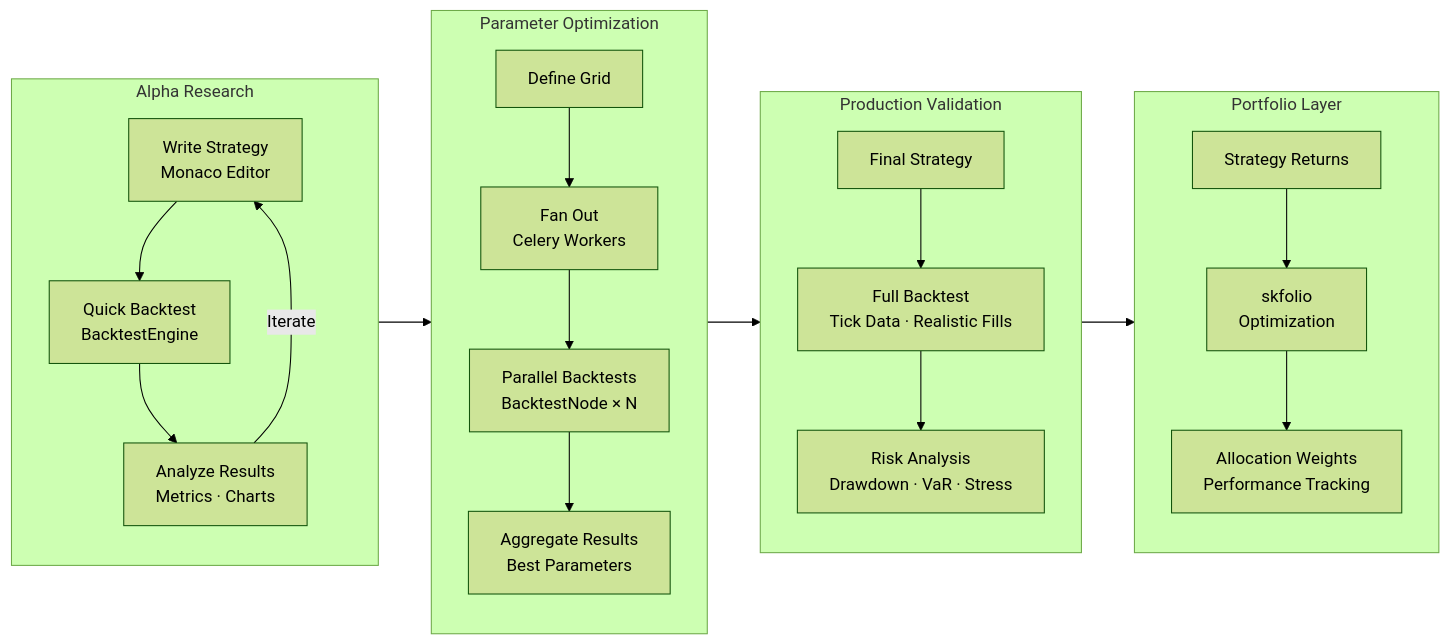
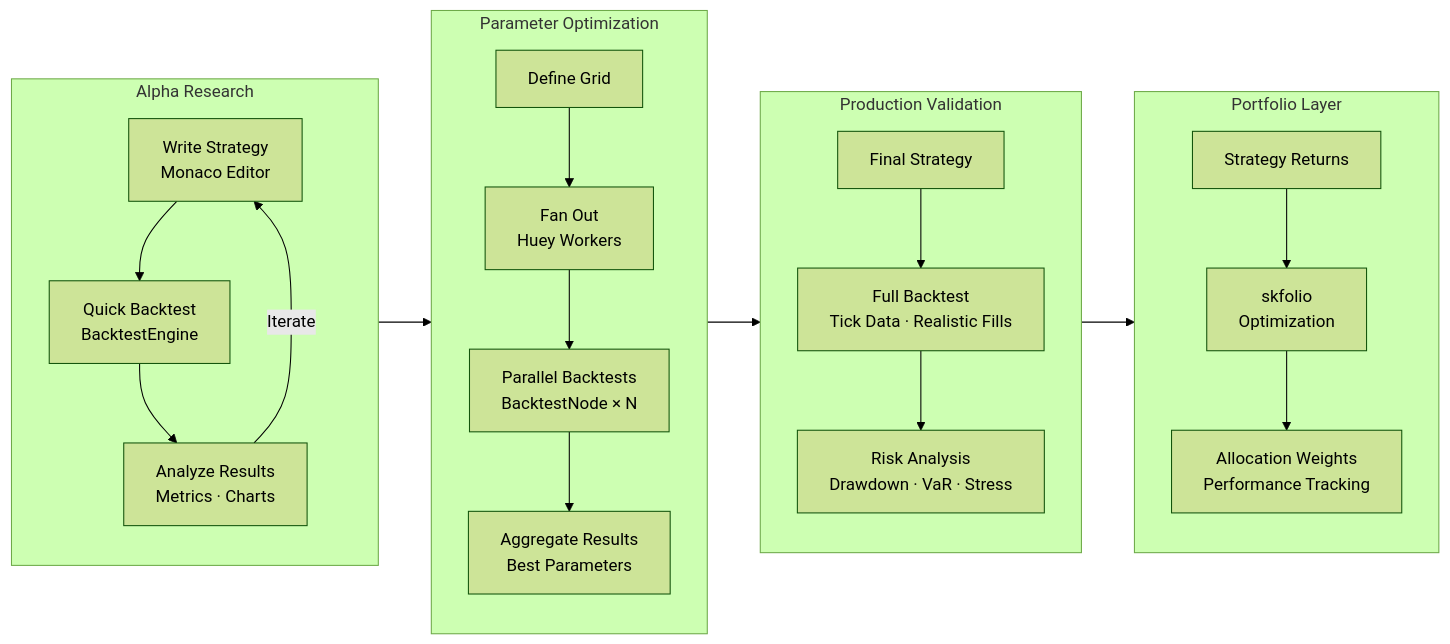
The diagram in core_engine.md (huydhoang/quantlens-docs), drawn with Mermaid (forest theme) before and after one commit. The commit also changed other lines of this file and 2 other files, not shown here.

Commit message:
Add clarifying Q&A, remove Faust/Rocketry from tables, fix Celery→Huey in ARCHITECTURE.md and core_engine.md

````diff
--- a/core_engine.md
+++ b/core_engine.md
@@ -244,28 +243,28 @@
 ```mermaid
 flowchart LR
     subgraph Research["Alpha Research"]
         A[Write Strategy<br/>Monaco Editor] --> B[Quick Backtest<br/>BacktestEngine]
         B --> C[Analyze Results<br/>Metrics · Charts]
         C -->|Iterate| A
     end
 
     subgraph Optimization["Parameter Optimization"]
-        D[Define Grid] --> E[Fan Out<br/>Celery Workers]
+        D[Define Grid] --> E[Fan Out<br/>Huey Workers]
         E --> F[Parallel Backtests<br/>BacktestNode × N]
         F --> G[Aggregate Results<br/>Best Parameters]
     end
 
     subgraph Validation["Production Validation"]
         H[Final Strategy] --> I[Full Backtest<br/>Tick Data · Realistic Fills]
         I --> J[Risk Analysis<br/>Drawdown · VaR · Stress]
     end
 
     subgraph Portfolio["Portfolio Layer"]
         K[Strategy Returns] --> L[skfolio<br/>Optimization]
         L --> M[Allocation Weights<br/>Performance Tracking]
     end
 
     Research --> Optimization
     Optimization --> Validation
     Validation --> Portfolio
 ```
````
